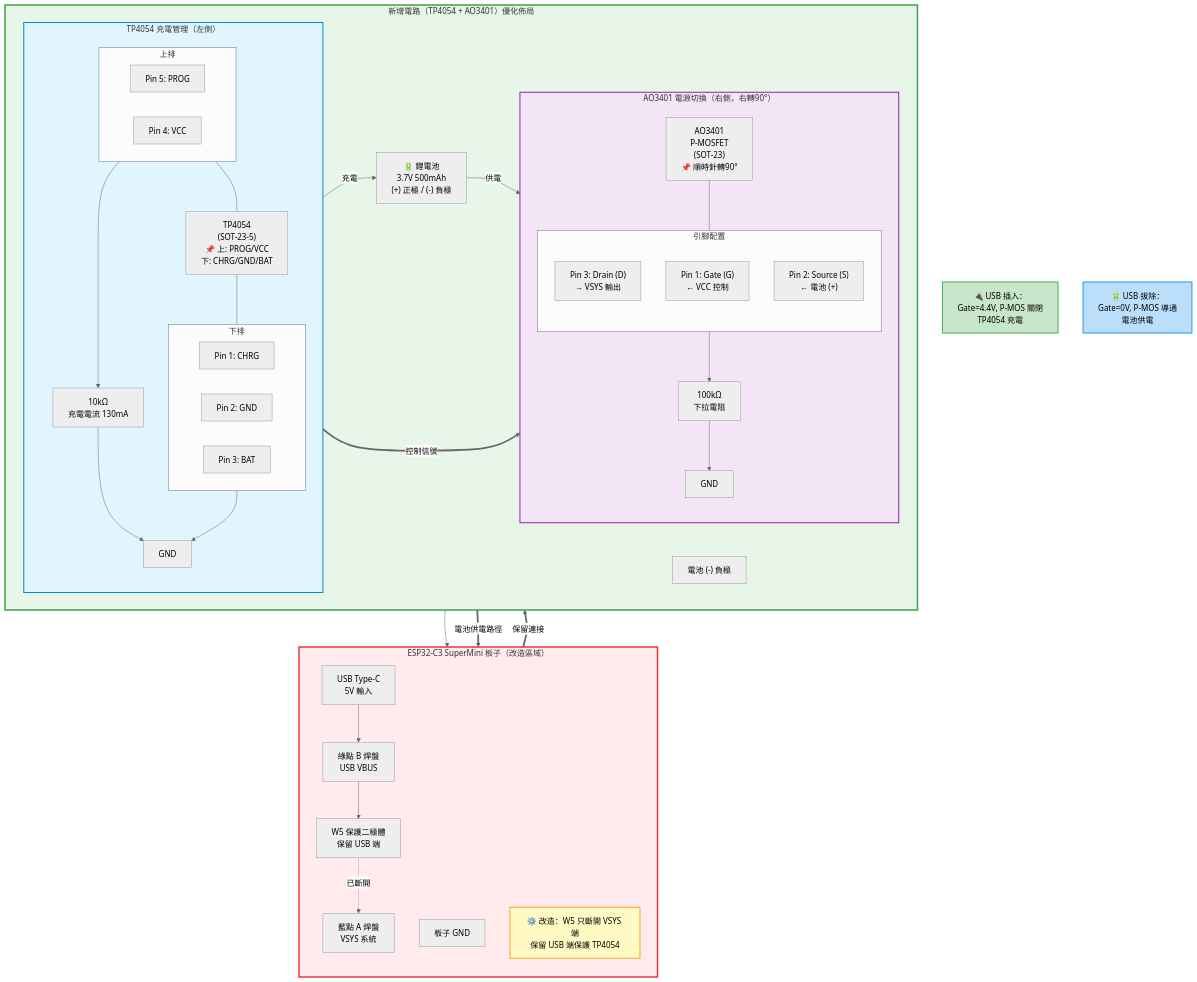
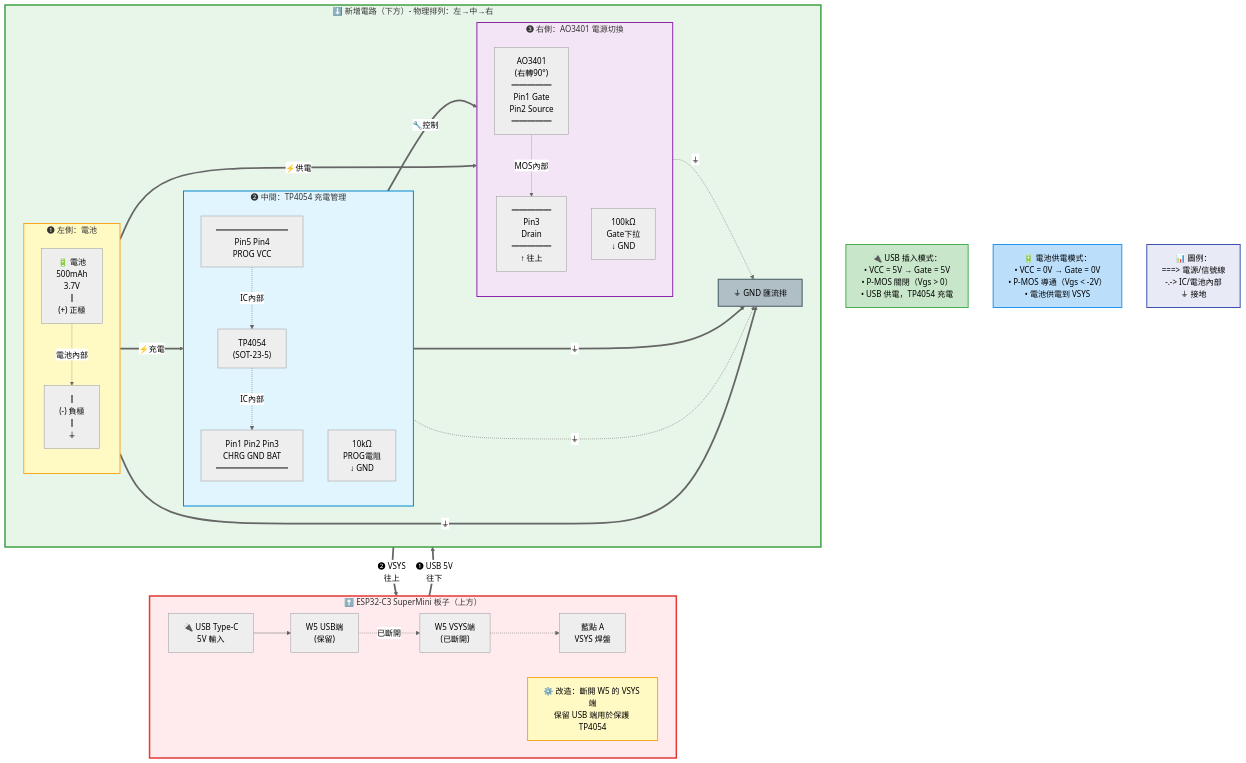
One commit to DanielYJHsieh/esp32c3 changed the third of 7 diagrams in battery_management/hardware/WIRING_DIAGRAM.md. Above: the diagram before and after it, drawn with Mermaid (neutral theme).

Commit message:
修正整體電路架構圖：正確排列為左(電池)中(TP4054)右(AO3401)，ESP32板在上方

````diff
--- a/battery_management/hardware/WIRING_DIAGRAM.md
+++ b/battery_management/hardware/WIRING_DIAGRAM.md
@@ -338,94 +338,88 @@
 ```mermaid
 graph TB
-    subgraph ORIGINAL["ESP32-C3 SuperMini 板子（改造區域）"]
-        direction TB
-        USB_PORT["USB Type-C<br/>5V 輸入"]
-        PAD_B["綠點 B 焊盤<br/>USB VBUS"]
-        W5["W5 保護二極體<br/>保留 USB 端"]
-        PAD_A["藍點 A 焊盤<br/>VSYS 系統"]
-        PCB_GND["板子 GND"]
+    subgraph TOP_BOARD["⬆️ ESP32-C3 SuperMini 板子（上方）"]
+        direction LR
         
-        USB_PORT --> PAD_B
-        PAD_B --> W5
-        W5 -.->|已斷開| PAD_A
+        USB_INPUT["🔌 USB Type-C<br/>5V 輸入"]
+        W5_USB["W5 USB端<br/>(保留)"]
+        W5_VSYS["W5 VSYS端<br/>(已斷開)"]
+        VSYS_PAD["藍點 A<br/>VSYS 焊盤"]
         
-        NOTE1["⚙️ 改造：W5 只斷開 VSYS 端<br/>保留 USB 端保護 TP4054"]:::noteStyle
+        USB_INPUT --> W5_USB
+        W5_USB -.->|已斷開| W5_VSYS
+        W5_VSYS -.-> VSYS_PAD
+        
+        NOTE_BOARD["⚙️ 改造：斷開 W5 的 VSYS 端<br/>保留 USB 端用於保護 TP4054"]:::noteStyle
     end
     
-subgraph NEW_CIRCUIT["新增電路（TP4054 + AO3401）優化佈局"]
+    subgraph BOTTOM_CIRCUIT["⬇️ 新增電路（下方）- 物理排列：左→中→右"]
         direction LR
         
-        subgraph TP4054_BLOCK["TP4054 充電管理（左側）"]
+        subgraph LEFT_BATTERY["❶ 左側：電池"]
+            direction TB
+            BAT_POS["🔋 電池<br/>500mAh<br/>3.7V<br/>┃<br/>(+) 正極"]
+            BAT_NEG["┃<br/>(-) 負極<br/>┃<br/>⏚"]
+            
+            BAT_POS -.->|電池內部| BAT_NEG
+        end
+        
+        subgraph MIDDLE_TP4054["❷ 中間：TP4054 充電管理"]
             direction TB
             
-            subgraph TP4054_TOP["上排"]
-                direction LR
-                TP_PROG["Pin 5: PROG"]
-                TP_VCC["Pin 4: VCC"]
-            end
+            TP_TOP_AREA["━━━━━━━━━<br/>Pin5  Pin4<br/>PROG  VCC"]
+            TP_BODY["TP4054<br/>(SOT-23-5)"]
+            TP_BOTTOM_AREA["Pin1  Pin2  Pin3<br/>CHRG  GND  BAT<br/>━━━━━━━━━"]
             
-            TP4054_IC["TP4054<br/>(SOT-23-5)<br/>📌 上: PROG/VCC<br/>下: CHRG/GND/BAT"]
+            TP_TOP_AREA -.->|IC內部| TP_BODY
+            TP_BODY -.->|IC內部| TP_BOTTOM_AREA
             
-            subgraph TP4054_BOTTOM["下排"]
-                direction LR
-                TP_CHRG["Pin 1: CHRG"]
-                TP_GND["Pin 2: GND"]
-                TP_BAT["Pin 3: BAT"]
-            end
-            
-            TP4054_TOP --- TP4054_IC
-            TP4054_IC --- TP4054_BOTTOM
-            
-            R_PROG["10kΩ<br/>充電電流 130mA"]
-            TP_PROG --> R_PROG
-            R_PROG --> GND1["GND"]
-            TP_GND --> GND1
+            R_PROG_RES["10kΩ<br/>PROG電阻<br/>↓ GND"]
         end
         
-        BATTERY["🔋 鋰電池<br/>3.7V 500mAh<br/>(+) 正極 / (-) 負極"]
-        BAT_NEG["電池 (-) 負極"]
-        
-        TP_BAT -->|充電| BATTERY
-        BAT_NEG --> PCB_GND
-        
-        subgraph AO3401_BLOCK["AO3401 電源切換（右側，右轉90°）"]
+        subgraph RIGHT_AO3401["❸ 右側：AO3401 電源切換"]
             direction TB
             
-            AO3401_IC["AO3401<br/>P-MOSFET<br/>(SOT-23)<br/>📌 順時針轉90°"]
+            AO_LEFT["AO3401<br/>(右轉90°)<br/>━━━━━<br/>Pin1 Gate<br/>Pin2 Source<br/>━━━━━"]
+            AO_RIGHT["━━━━━<br/>Pin3<br/>Drain<br/>━━━━━<br/>↑ 往上"]
             
-            subgraph AO3401_PINS["引腳配置"]
-                direction TB
-                AO_DRAIN["Pin 3: Drain (D)<br/>→ VSYS 輸出"]
-                AO_GATE["Pin 1: Gate (G)<br/>← VCC 控制"]
-                AO_SOURCE["Pin 2: Source (S)<br/>← 電池 (+)"]
-            end
+            AO_LEFT -.->|MOS內部| AO_RIGHT
             
-            AO3401_IC --- AO3401_PINS
-            
-            R_GATE["100kΩ<br/>下拉電阻"]
-            AO_GATE --> R_GATE
-            R_GATE --> GND2["GND"]
+            R_GATE_RES["100kΩ<br/>Gate下拉<br/>↓ GND"]
         end
         
-        BATTERY -->|供電| AO_SOURCE
+        %% 水平連接（左→中→右）
+        BAT_POS ==>|"⚡充電"| TP_BOTTOM_AREA
+        BAT_POS ==>|"⚡供電"| AO_LEFT
+        TP_TOP_AREA ==>|"🔧控制"| AO_LEFT
+        
+        %% GND 匯流
+        BAT_NEG ==>|"⏚"| GND_BUS["⏚ GND 匯流排"]
+        TP_BOTTOM_AREA ==>|"⏚"| GND_BUS
+        R_PROG_RES -.->|"⏚"| GND_BUS
+        R_GATE_RES -.->|"⏚"| GND_BUS
     end
     
-    %% 連接兩個區域
-    W5 ==>|保留連接| TP_VCC
-    TP_VCC ==>|控制信號| AO_GATE
-    AO_DRAIN ==>|電池供電路徑| PAD_A
+    %% 上下連接（板子 ↔ 電路）
+    W5_USB ==>|"❶ USB 5V<br/>往下"| TP_TOP_AREA
+    AO_RIGHT ==>|"❷ VSYS<br/>往上"| VSYS_PAD
     
-    %% 工作狀態標註
-    STATE_USB["🔌 USB 插入：<br/>Gate=4.4V, P-MOS 關閉<br/>TP4054 充電"]:::stateOn
-    STATE_BAT["🔋 USB 拔除：<br/>Gate=0V, P-MOS 導通<br/>電池供電"]:::stateOff
+    %% 工作狀態說明
+    STATE_USB["🔌 USB 插入模式：<br/>• VCC = 5V → Gate = 5V<br/>• P-MOS 關閉（Vgs > 0）<br/>• USB 供電，TP4054 充電"]:::stateOn
+    
+    STATE_BAT["🔋 電池供電模式：<br/>• VCC = 0V → Gate = 0V<br/>• P-MOS 導通（Vgs < -2V）<br/>• 電池供電到 VSYS"]:::stateOff
+    
+    LEGEND["📊 圖例：<br/>===> 電源/信號線<br/>-.-> IC/電池內部<br/>⏚ 接地"]:::legendStyle
     
     %% 樣式定義
     classDef noteStyle fill:#fff9c4,stroke:#f9a825,stroke-width:2px
     classDef stateOn fill:#c8e6c9,stroke:#4caf50,stroke-width:2px
     classDef stateOff fill:#bbdefb,stroke:#2196f3,stroke-width:2px
+    classDef legendStyle fill:#e8eaf6,stroke:#3f51b5,stroke-width:2px
     
-    style ORIGINAL fill:#ffebee,stroke:#e53935,stroke-width:3px
-    style NEW_CIRCUIT fill:#e8f5e9,stroke:#43a047,stroke-width:3px
-    style TP4054_BLOCK fill:#e1f5ff,stroke:#0288d1,stroke-width:2px
-    style AO3401_BLOCK fill:#f3e5f5,stroke:#8e24aa,stroke-width:2px
+    style TOP_BOARD fill:#ffebee,stroke:#e53935,stroke-width:3px
+    style BOTTOM_CIRCUIT fill:#e8f5e9,stroke:#43a047,stroke-width:3px
+    style LEFT_BATTERY fill:#fff9c4,stroke:#f9a825,stroke-width:2px
+    style MIDDLE_TP4054 fill:#e1f5fe,stroke:#0288d1,stroke-width:2px
+    style RIGHT_AO3401 fill:#f3e5f5,stroke:#8e24aa,stroke-width:2px
+    style GND_BUS fill:#b0bec5,stroke:#455a64,stroke-width:2px
 ```
````
